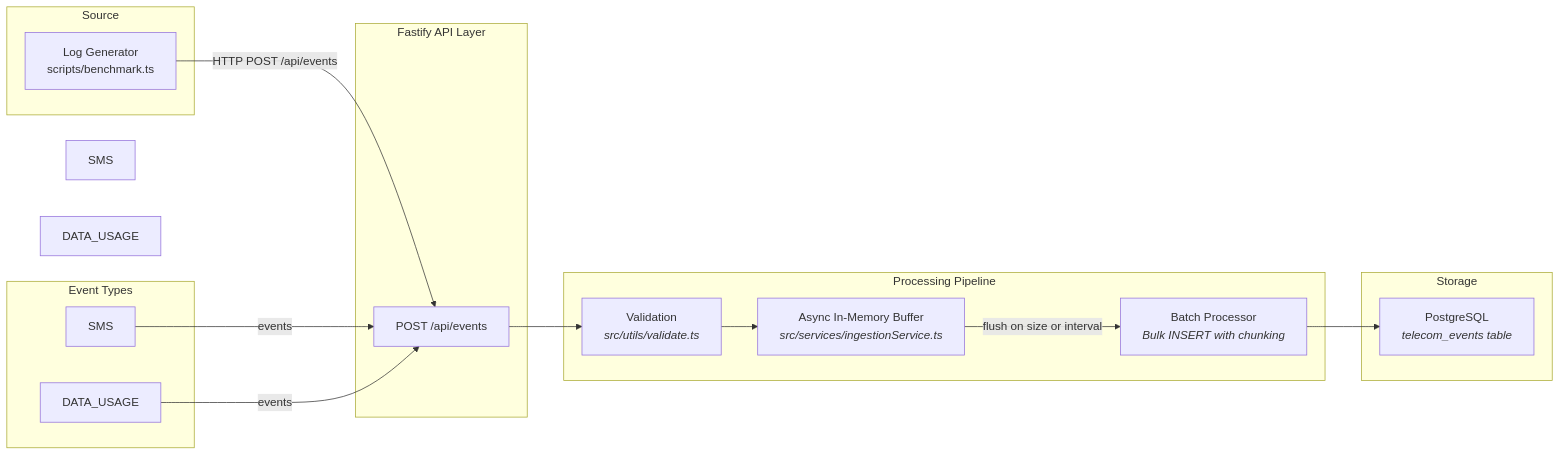
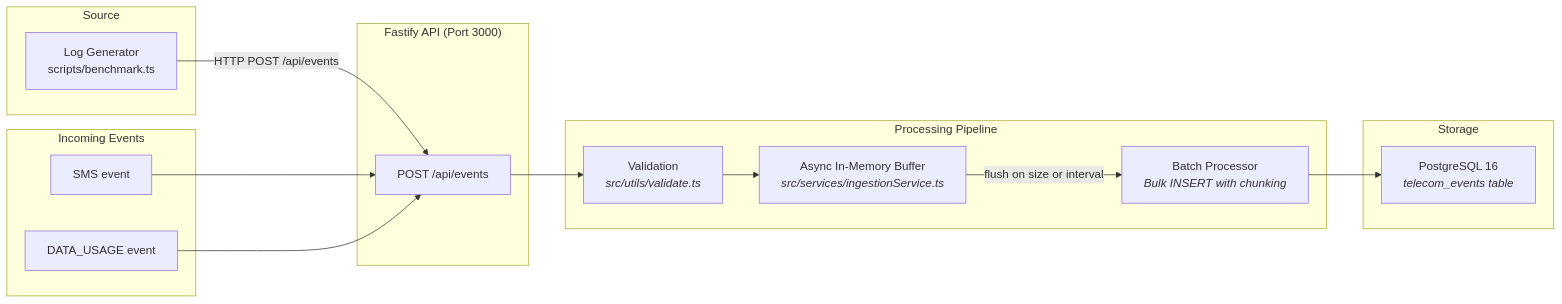
One commit to zhouzhihao09-crypto/telecom-log-ingestion-service changed the diagram in README.md. Above: the diagram before and after it, drawn with Mermaid. The commit also changed 3 other files, not shown here.

````diff
--- a/README.md
+++ b/README.md
@@ -35,36 +35,33 @@
 ```mermaid
 flowchart LR
     subgraph Source
         Gen["Log Generator<br/>scripts/benchmark.ts"]
     end
 
-    subgraph SMS_DATA["Event Types"]
-        SMS["SMS"]
-        DATA["DATA_USAGE"]
+    subgraph Events["Incoming Events"]
+        SMS["SMS event"]
+        DATA["DATA_USAGE event"]
     end
 
-    SMS_Data[SMS]
-    Data_Data[DATA_USAGE]
-
-    subgraph API_Layer["Fastify API Layer"]
+    subgraph API_Layer["Fastify API (Port 3000)"]
         API["POST /api/events"]
     end
 
     subgraph Processing["Processing Pipeline"]
         Val["Validation<br/><i>src/utils/validate.ts</i>"]
         Buf["Async In-Memory Buffer<br/><i>src/services/ingestionService.ts</i>"]
         Batch["Batch Processor<br/><i>Bulk INSERT with chunking</i>"]
     end
 
     subgraph Storage["Storage"]
-        PG["PostgreSQL<br/><i>telecom_events table</i>"]
+        PG["PostgreSQL 16<br/><i>telecom_events table</i>"]
     end
 
     Gen -->|"HTTP POST /api/events"| API
-    SMS -->|"events"| API
-    DATA -->|"events"| API
+    SMS --> API
+    DATA --> API
     API --> Val
     Val --> Buf
     Buf -->|"flush on size or interval"| Batch
     Batch --> PG
 ```
````
